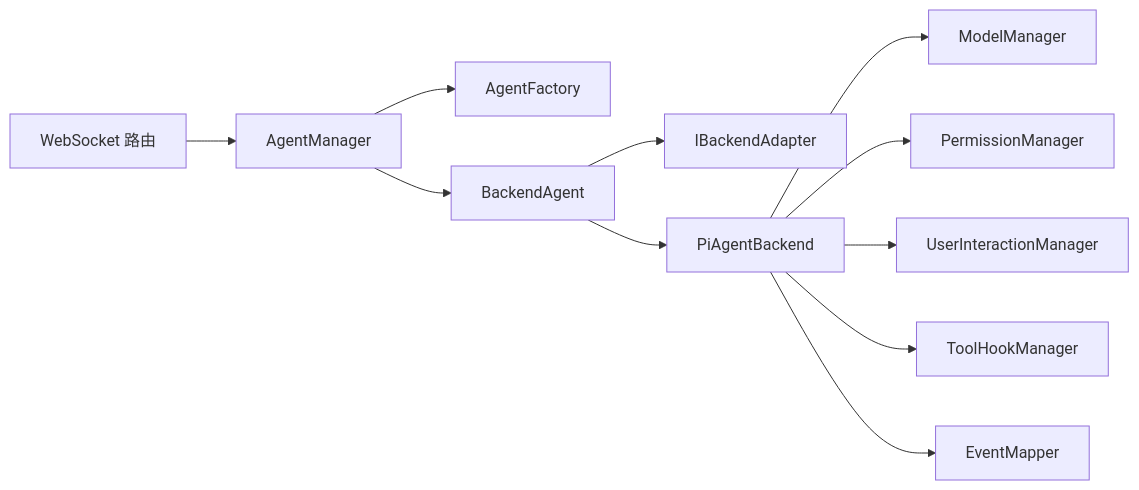
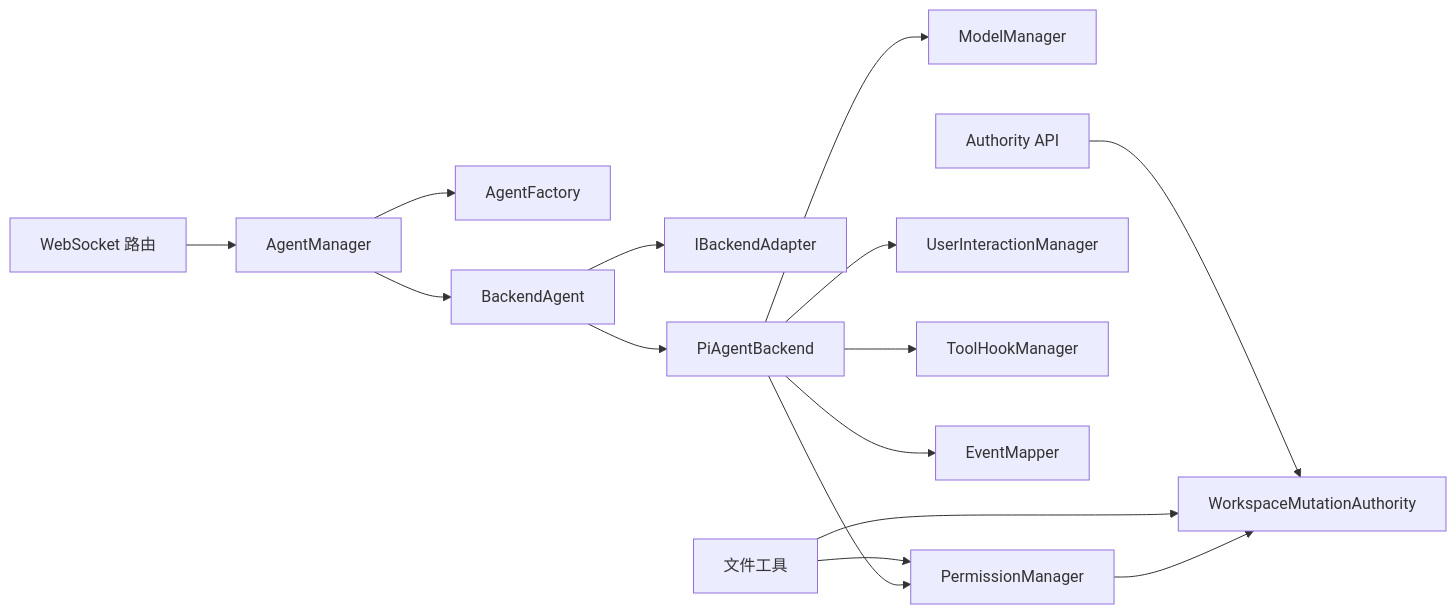
One commit to qihaogithub/workbench changed the ninth of 9 diagrams in .qoder/repowiki/zh/content/核心服务/Agent 服务/Agent 服务.md. Above: the diagram before and after it, drawn with Mermaid. The commit also changed other lines of this file and 448 other files, not shown here.

````diff
--- a/.qoder/repowiki/zh/content/核心服务/Agent 服务/Agent 服务.md
+++ b/.qoder/repowiki/zh/content/核心服务/Agent 服务/Agent 服务.md
@@ -345,13 +494,17 @@
 ```mermaid
 graph LR
 WS["WebSocket 路由"] --> AM["AgentManager"]
 AM --> AF["AgentFactory"]
 AM --> BA["BackendAgent"]
 BA --> IBA["IBackendAdapter"]
 BA --> PI["PiAgentBackend"]
 PI --> MM["ModelManager"]
 PI --> PM["PermissionManager"]
 PI --> UIM["UserInteractionManager"]
 PI --> THM["ToolHookManager"]
 PI --> EM["EventMapper"]
+PM --> WMA["WorkspaceMutationAuthority"]
+FT["文件工具"] --> PM
+FT --> WMA
+WAR["Authority API"] --> WMA
 ```
````
